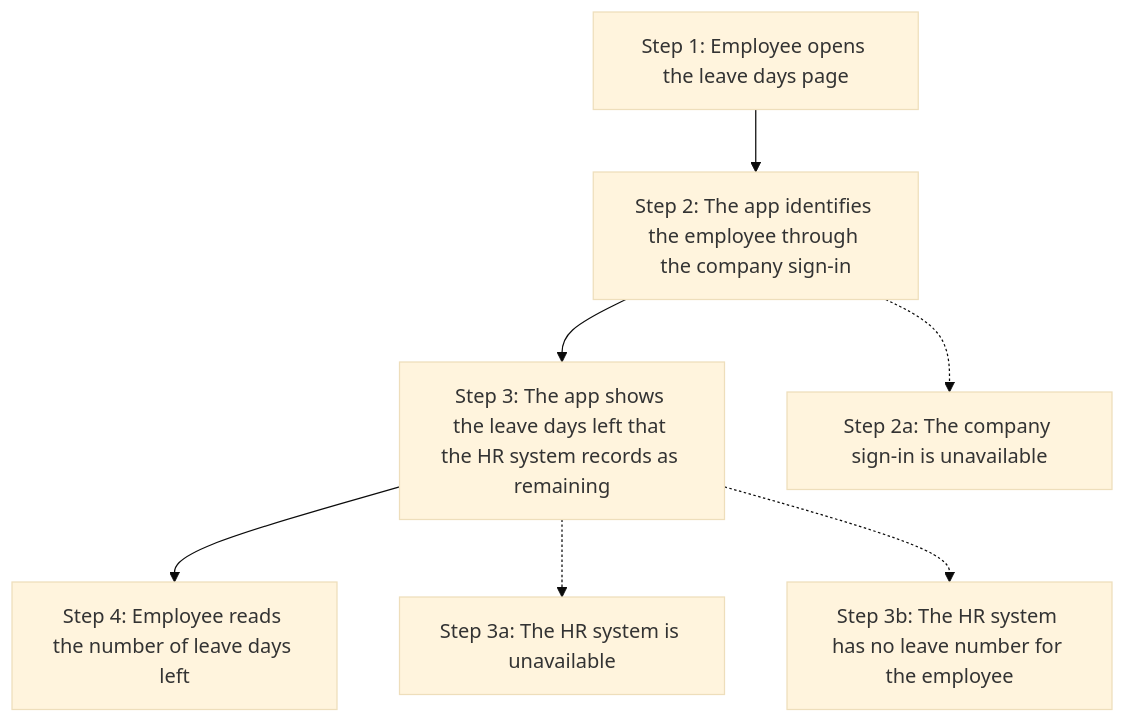
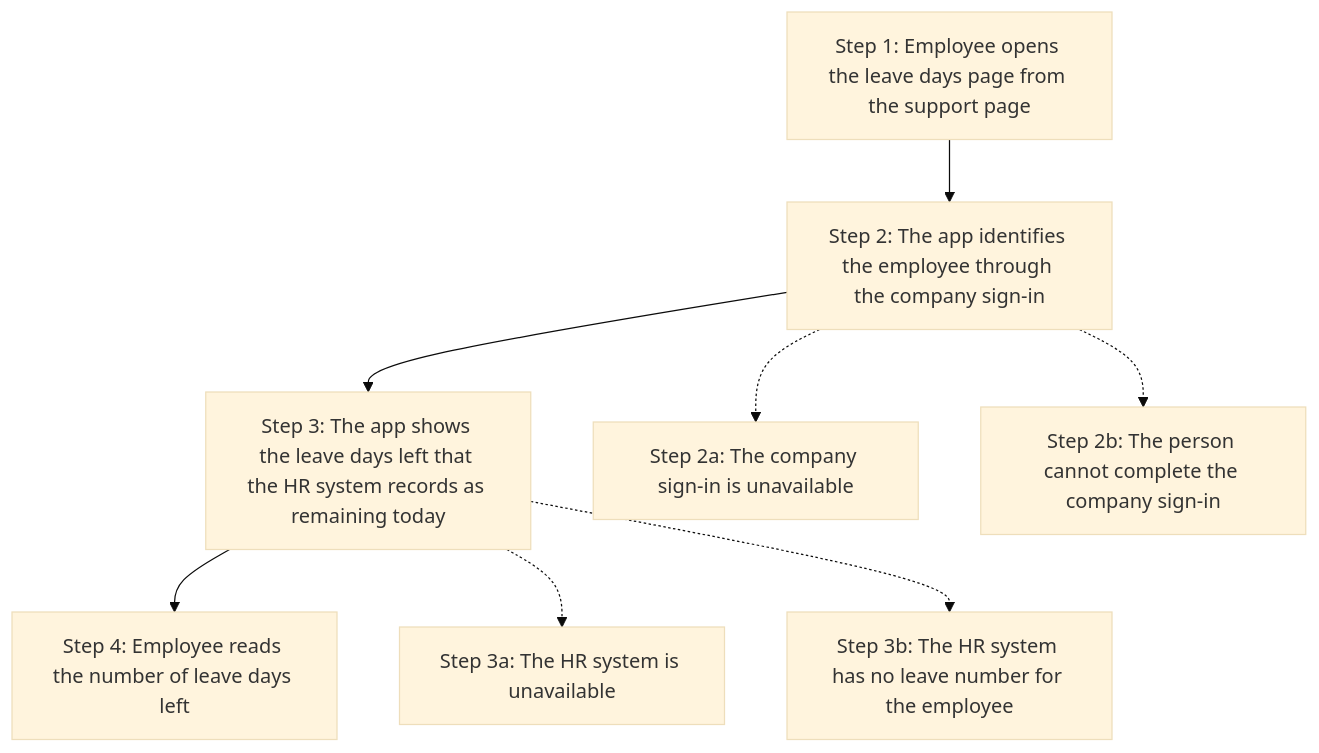
The fifth of 5 diagrams in zbrain-docs/requirements/user-journey.md (lhtshyamalshah/northstar-support-portal), drawn with Mermaid (base theme) before and after one commit. The commit also changed other lines of this file and 1 other file, not shown here.

First line of the commit message:
docs(requirements): finalize annual leave feature requirements

````diff
--- a/zbrain-docs/requirements/user-journey.md
+++ b/zbrain-docs/requirements/user-journey.md
@@ -152,9 +153,10 @@
 ```mermaid
 flowchart TD
-  s1["Step 1: Employee opens the leave days page"] --> s2["Step 2: The app identifies the employee through the company sign-in"]
-  s2 --> s3["Step 3: The app shows the leave days left that the HR system records as remaining"]
+  s1["Step 1: Employee opens the leave days page from the support page"] --> s2["Step 2: The app identifies the employee through the company sign-in"]
+  s2 --> s3["Step 3: The app shows the leave days left that the HR system records as remaining today"]
   s3 --> s4["Step 4: Employee reads the number of leave days left"]
   s2 -.-> x2a["Step 2a: The company sign-in is unavailable"]
+  s2 -.-> x2b["Step 2b: The person cannot complete the company sign-in"]
   s3 -.-> x3a["Step 3a: The HR system is unavailable"]
   s3 -.-> x3b["Step 3b: The HR system has no leave number for the employee"]
 ```
````
